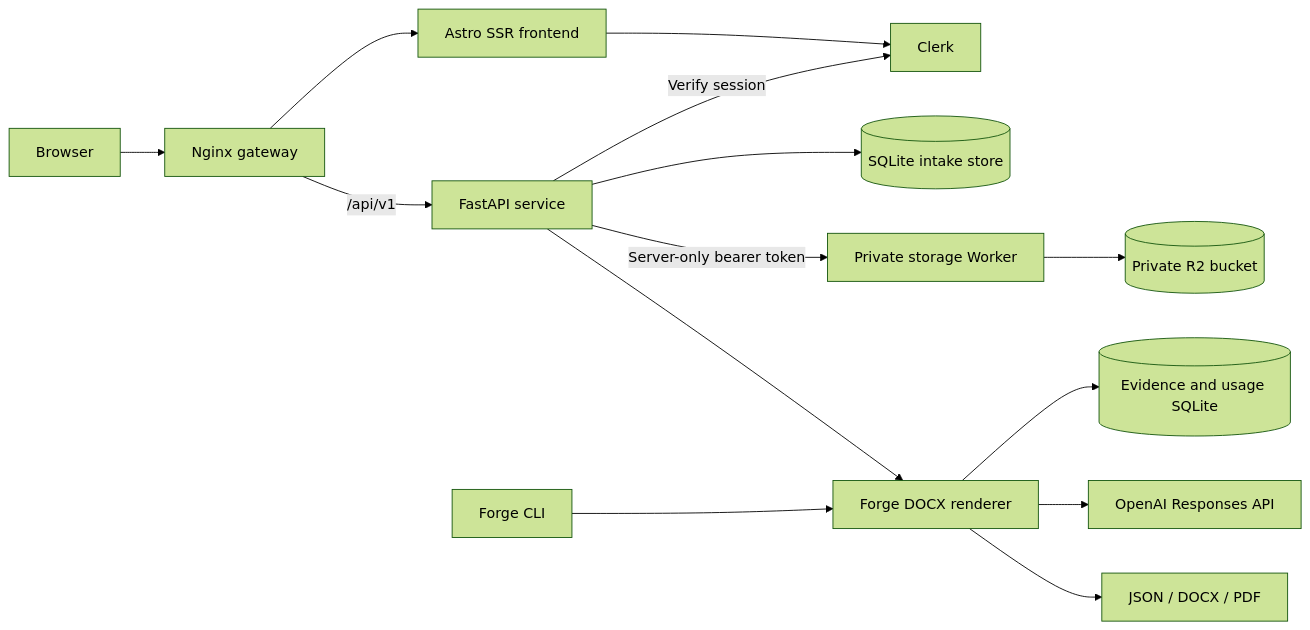
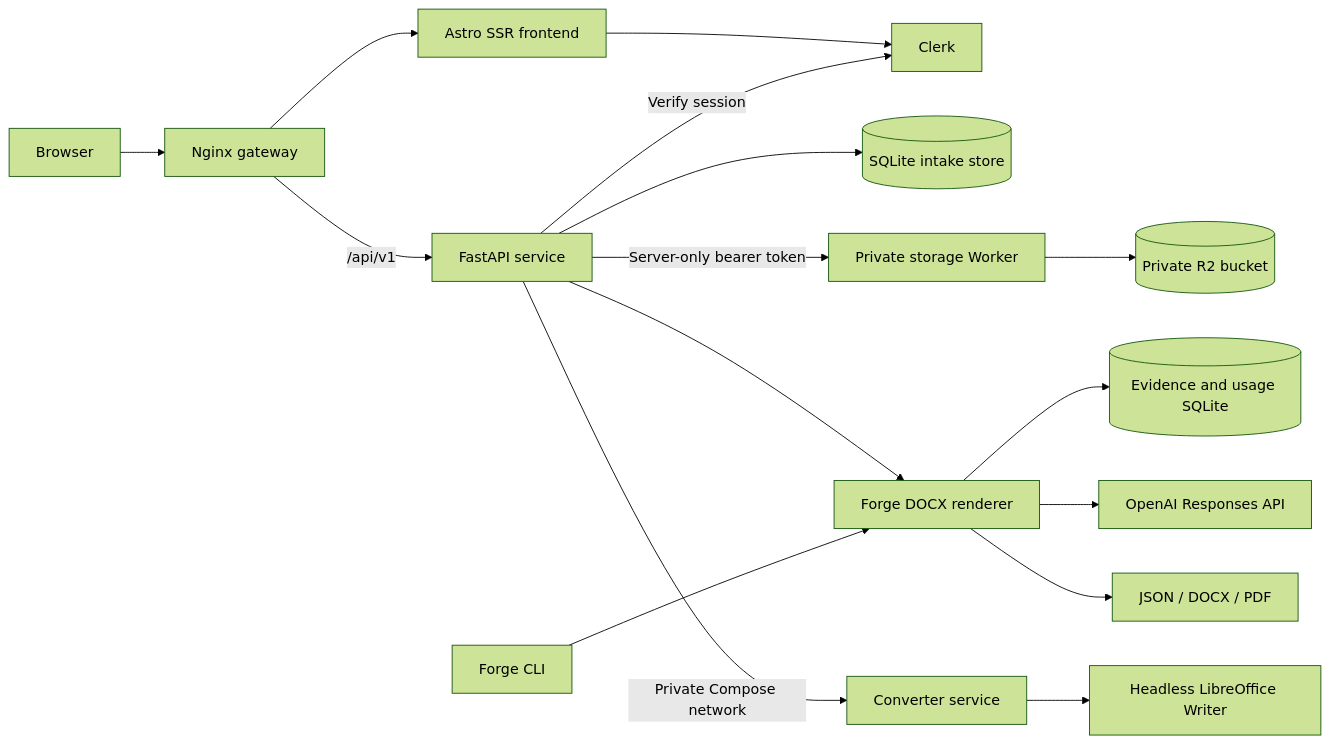
Before and after one commit to aminhaiqal/axelyn-forge: the diagram in docs/architecture.md, drawn with Mermaid (forest theme). The commit also changed other lines of this file and 23 other files, not shown here.

Commit message:
feat: add LibreOffice resume conversion service

````diff
--- a/docs/architecture.md
+++ b/docs/architecture.md
@@ -5,17 +5,19 @@
 ```mermaid
 flowchart LR
     Browser[Browser] --> Proxy[Nginx gateway]
     Proxy --> Frontend[Astro SSR frontend]
     Proxy -->|/api/v1| API[FastAPI service]
     Frontend --> Clerk[Clerk]
     API -->|Verify session| Clerk
     API --> Intake[(SQLite intake store)]
     API -->|Server-only bearer token| StorageWorker[Private storage Worker]
     StorageWorker --> R2[(Private R2 bucket)]
     API --> Core[Forge DOCX renderer]
+    API -->|Private Compose network| Converter[Converter service]
+    Converter --> LibreOffice[Headless LibreOffice Writer]
 
     CLI[Forge CLI] --> Core
     Core --> Evidence[(Evidence and usage SQLite)]
     Core --> Provider[OpenAI Responses API]
     Core --> Artifacts[JSON / DOCX / PDF]
 ```
````
